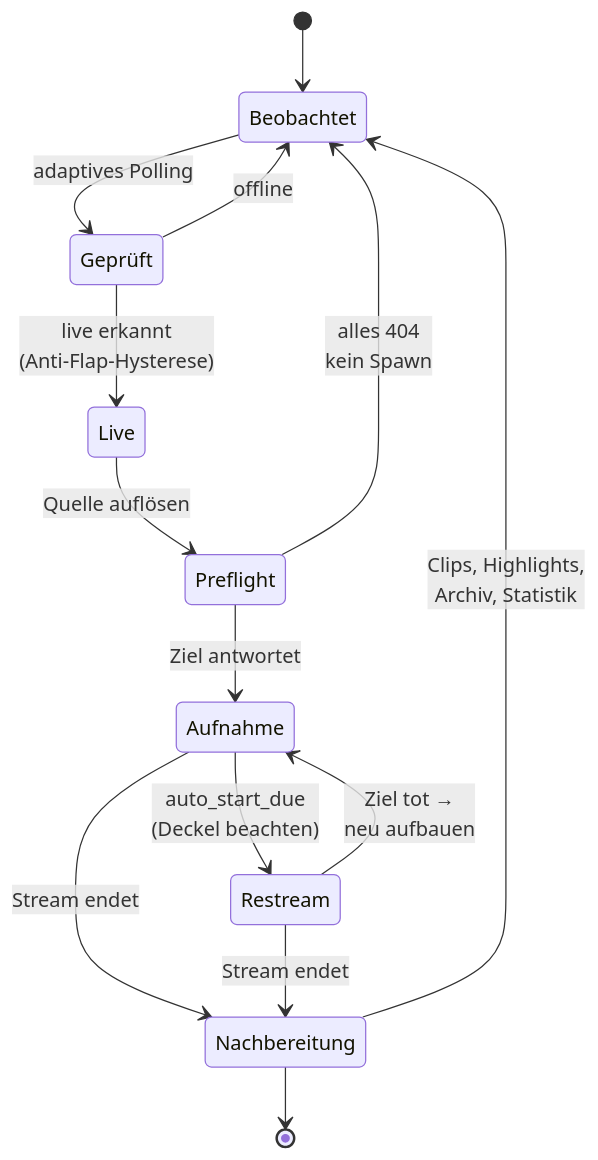
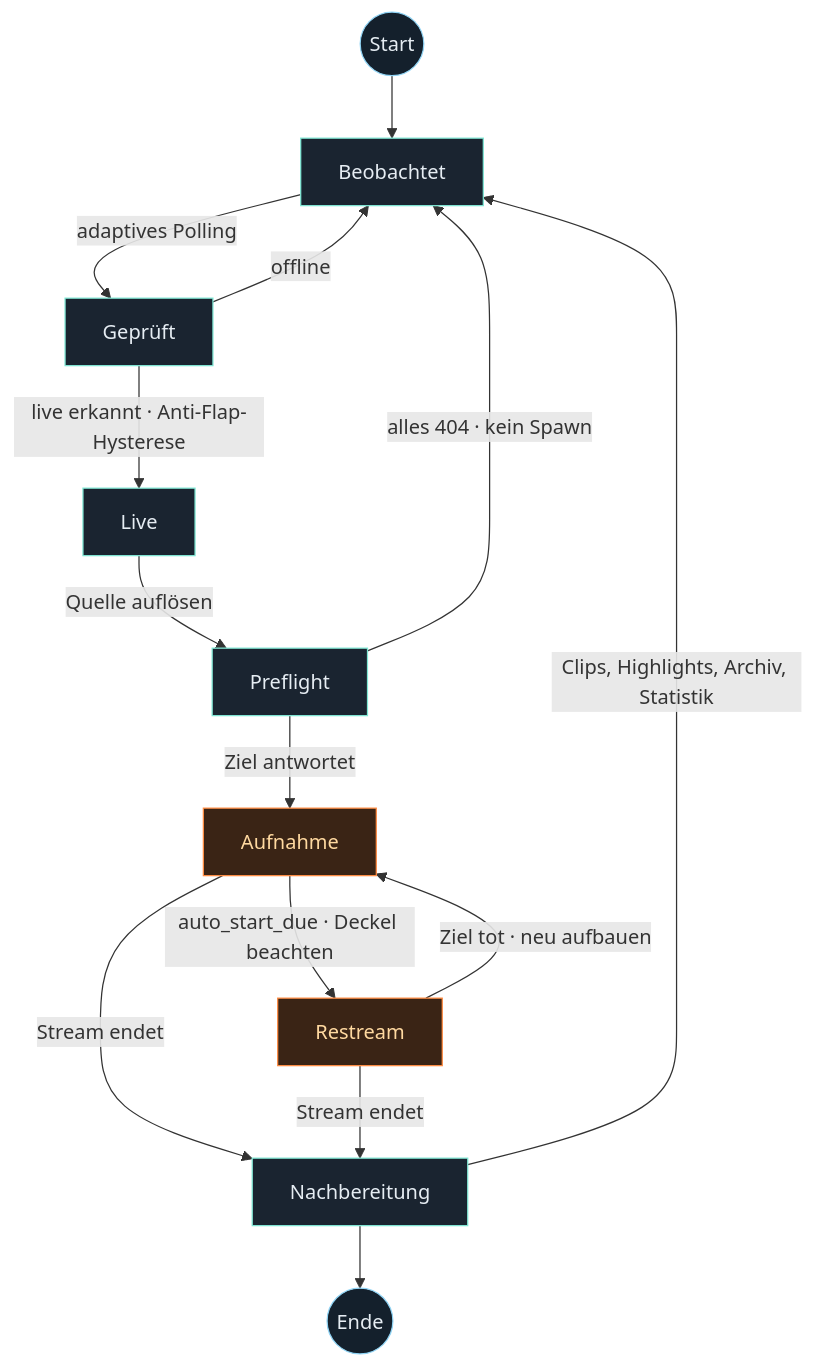
The second of 4 diagrams in README.md (itsamemedev/Telegram-Stream-Info-Bot), drawn with Mermaid before and after one commit. The commit also changed other lines of this file, not shown here.

First line of the commit message:
README: Mermaid-Render-Fehler beheben, Zahlen gegen den Bestand richtigstellen

````diff
--- a/README.md
+++ b/README.md
@@ -159,16 +159,20 @@
 ```mermaid
-stateDiagram-v2
-    [*] --> Beobachtet
-    Beobachtet --> Geprüft: adaptives Polling
-    Geprüft --> Beobachtet: offline
-    Geprüft --> Live: live erkannt<br/>(Anti-Flap-Hysterese)
-    Live --> Preflight: Quelle auflösen
-    Preflight --> Beobachtet: alles 404<br/>kein Spawn
-    Preflight --> Aufnahme: Ziel antwortet
-    Aufnahme --> Restream: auto_start_due<br/>(Deckel beachten)
-    Restream --> Aufnahme: Ziel tot →<br/>neu aufbauen
-    Aufnahme --> Nachbereitung: Stream endet
-    Restream --> Nachbereitung: Stream endet
-    Nachbereitung --> Beobachtet: Clips, Highlights,<br/>Archiv, Statistik
-    Nachbereitung --> [*]
+flowchart TD
+    START(("Start")):::edge --> BEO["Beobachtet"]:::phase
+    BEO -->|"adaptives Polling"| PRUEF["Geprüft"]:::phase
+    PRUEF -->|"offline"| BEO
+    PRUEF -->|"live erkannt · Anti-Flap-Hysterese"| LIVE["Live"]:::phase
+    LIVE -->|"Quelle auflösen"| PRE["Preflight"]:::phase
+    PRE -->|"alles 404 · kein Spawn"| BEO
+    PRE -->|"Ziel antwortet"| AUF["Aufnahme"]:::aktiv
+    AUF -->|"auto_start_due · Deckel beachten"| RES["Restream"]:::aktiv
+    RES -->|"Ziel tot · neu aufbauen"| AUF
+    AUF -->|"Stream endet"| NACH["Nachbereitung"]:::phase
+    RES -->|"Stream endet"| NACH
+    NACH -->|"Clips, Highlights, Archiv, Statistik"| BEO
+    NACH --> ENDE(("Ende")):::edge
+
+    classDef phase fill:#1a2430,stroke:#7fe7d4,color:#e6edf3
+    classDef aktiv fill:#3a2415,stroke:#ff8c42,color:#ffd9a0
+    classDef edge fill:#14202c,stroke:#8fd3f4,color:#e6edf3
 ```
````
